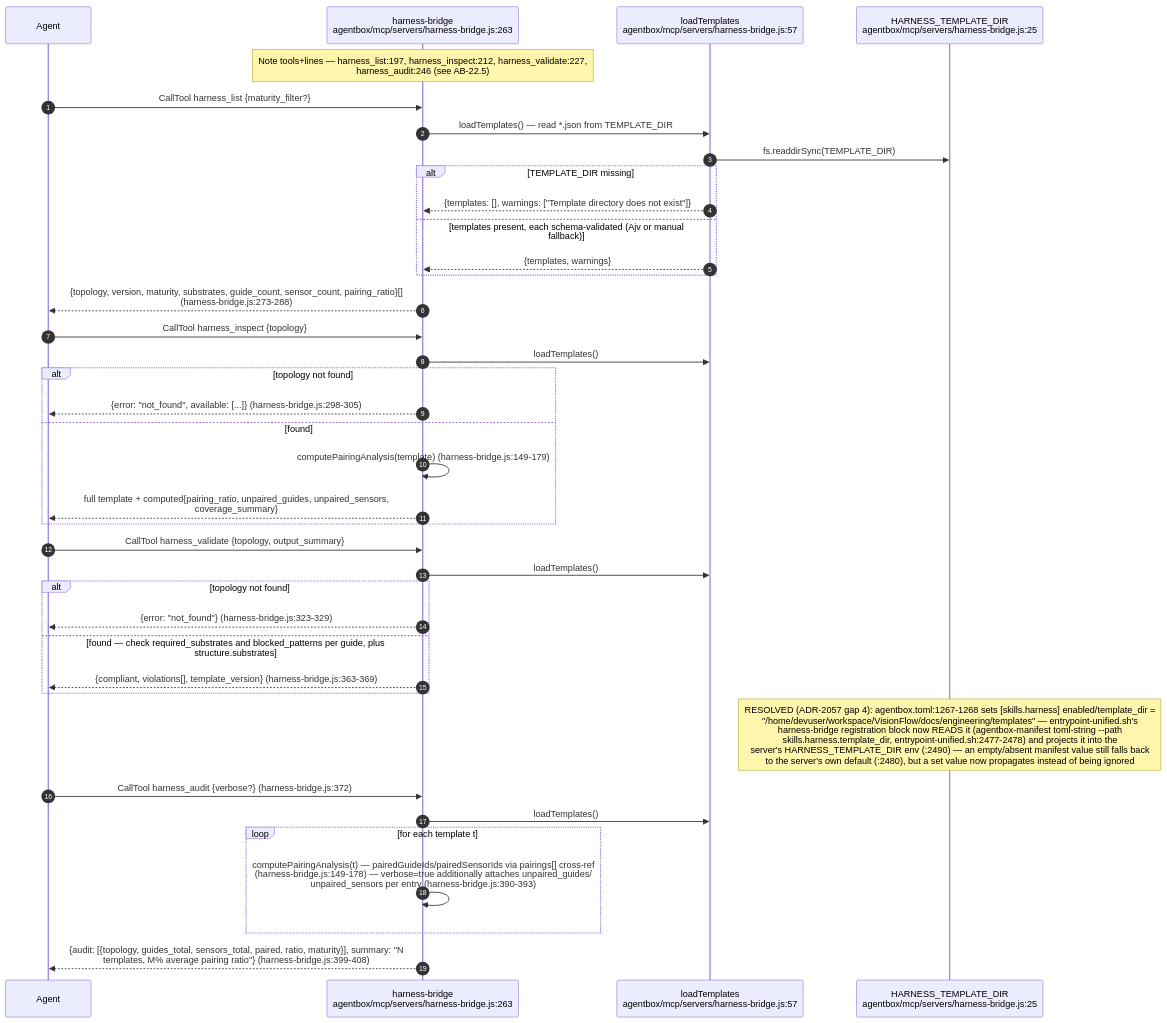
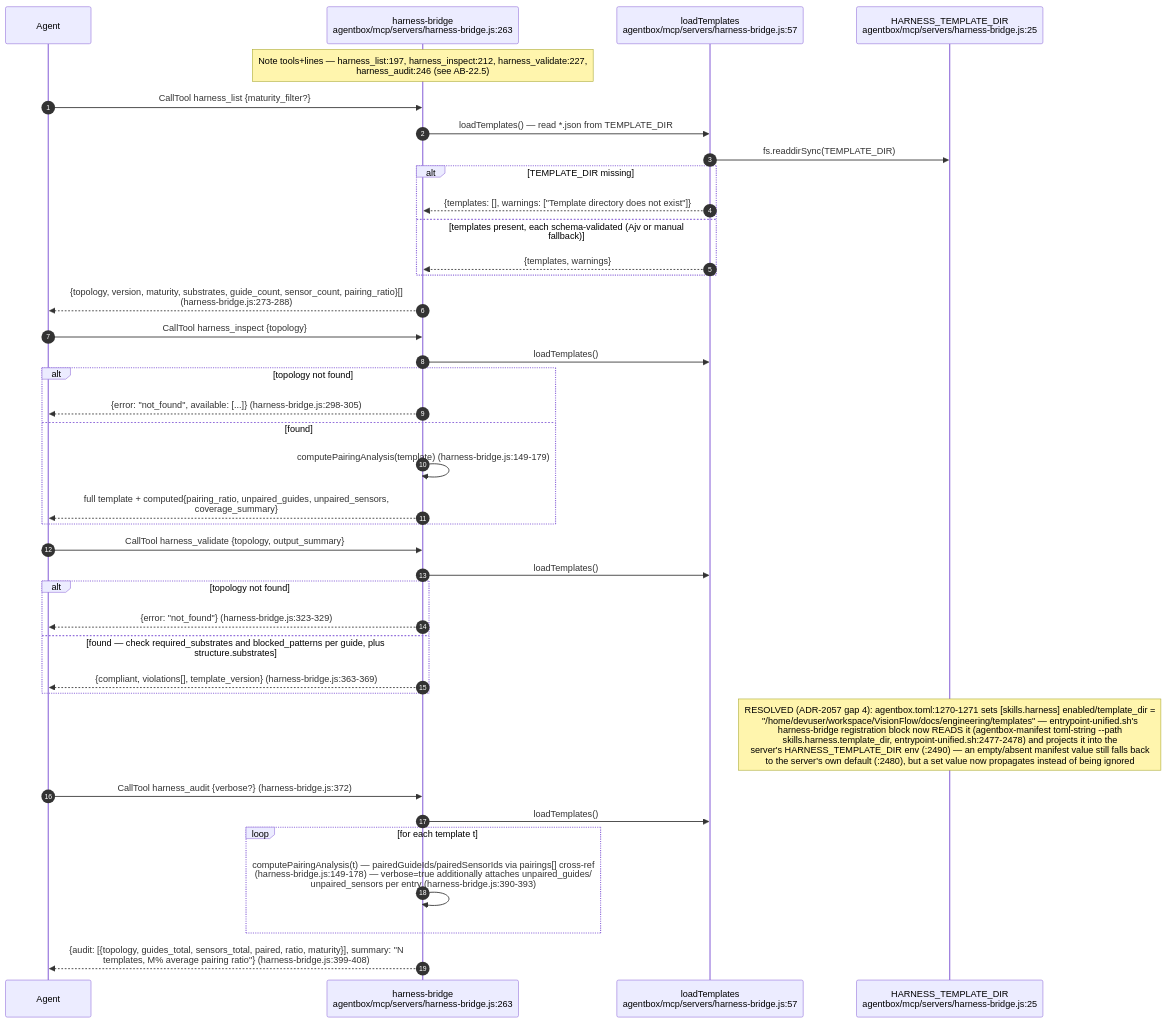
Before and after one commit to DreamLab-AI/VisionFlow: the fifth of 12 diagrams in docs/diagrams/agentbox/22-skills-and-routing.md, drawn with Mermaid. The commit also changed other lines of this file and 142 other files, not shown here.

First line of the commit message:
docs(diagrams): one System One route; re-verify 140 topics at today's heads

````diff
--- a/docs/diagrams/agentbox/22-skills-and-routing.md
+++ b/docs/diagrams/agentbox/22-skills-and-routing.md
@@ -215,44 +216,44 @@
 ```mermaid
 sequenceDiagram
     autonumber
     participant AG as Agent
     participant HB as harness-bridge<br/>agentbox/mcp/servers/harness-bridge.js:263
     participant LT as loadTemplates<br/>agentbox/mcp/servers/harness-bridge.js:57
     participant TD as HARNESS_TEMPLATE_DIR<br/>agentbox/mcp/servers/harness-bridge.js:25
 
     Note over HB: Note tools+lines — harness_list:197, harness_inspect:212, harness_validate:227,<br/>harness_audit:246 (see AB-22.5)
     AG->>HB: CallTool harness_list {maturity_filter?}
     HB->>LT: loadTemplates() — read *.json from TEMPLATE_DIR
     LT->>TD: fs.readdirSync(TEMPLATE_DIR)
     alt TEMPLATE_DIR missing
         LT-->>HB: {templates: [], warnings: ["Template directory does not exist"]}
     else templates present, each schema-validated (Ajv or manual fallback)
         LT-->>HB: {templates, warnings}
     end
     HB-->>AG: {topology, version, maturity, substrates, guide_count, sensor_count, pairing_ratio}[]<br/>(harness-bridge.js:273-288)
 
     AG->>HB: CallTool harness_inspect {topology}
     HB->>LT: loadTemplates()
     alt topology not found
         HB-->>AG: {error: "not_found", available: [...]} (harness-bridge.js:298-305)
     else found
         HB->>HB: computePairingAnalysis(template) (harness-bridge.js:149-179)
         HB-->>AG: full template + computed{pairing_ratio, unpaired_guides, unpaired_sensors,<br/>coverage_summary}
     end
 
     AG->>HB: CallTool harness_validate {topology, output_summary}
     HB->>LT: loadTemplates()
     alt topology not found
         HB-->>AG: {error: "not_found"} (harness-bridge.js:323-329)
     else found — check required_substrates and blocked_patterns per guide, plus structure.substrates
         HB-->>AG: {compliant, violations[], template_version} (harness-bridge.js:363-369)
     end
-    Note over TD: RESOLVED (ADR-2057 gap 4): agentbox.toml:1267-1268 sets [skills.harness] enabled/template_dir =<br/>"/home/devuser/workspace/VisionFlow/docs/engineering/templates" — entrypoint-unified.sh's<br/>harness-bridge registration block now READS it (agentbox-manifest toml-string --path<br/>skills.harness.template_dir, entrypoint-unified.sh:2477-2478) and projects it into the<br/>server's HARNESS_TEMPLATE_DIR env (:2490) — an empty/absent manifest value still falls back<br/>to the server's own default (:2480), but a set value now propagates instead of being ignored
+    Note over TD: RESOLVED (ADR-2057 gap 4): agentbox.toml:1270-1271 sets [skills.harness] enabled/template_dir =<br/>"/home/devuser/workspace/VisionFlow/docs/engineering/templates" — entrypoint-unified.sh's<br/>harness-bridge registration block now READS it (agentbox-manifest toml-string --path<br/>skills.harness.template_dir, entrypoint-unified.sh:2477-2478) and projects it into the<br/>server's HARNESS_TEMPLATE_DIR env (:2490) — an empty/absent manifest value still falls back<br/>to the server's own default (:2480), but a set value now propagates instead of being ignored
 
     AG->>HB: CallTool harness_audit {verbose?} (harness-bridge.js:372)
     HB->>LT: loadTemplates()
     loop for each template t
         HB->>HB: computePairingAnalysis(t) — pairedGuideIds/pairedSensorIds via pairings[] cross-ref<br/>(harness-bridge.js:149-178) — verbose=true additionally attaches unpaired_guides/<br/>unpaired_sensors per entry (harness-bridge.js:390-393)
     end
     HB-->>AG: {audit: [{topology, guides_total, sensors_total, paired, ratio, maturity}], summary: "N<br/>templates, M% average pairing ratio"} (harness-bridge.js:399-408)
 ```
````
